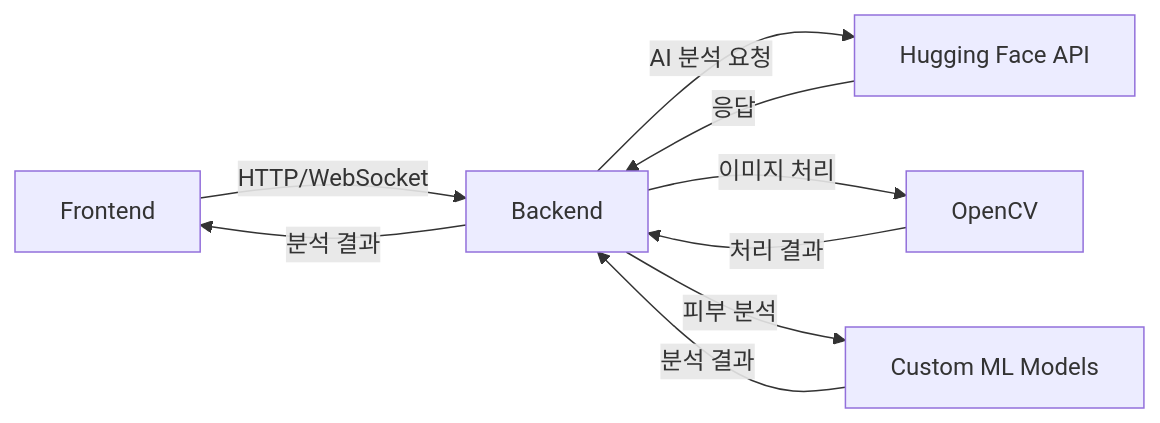
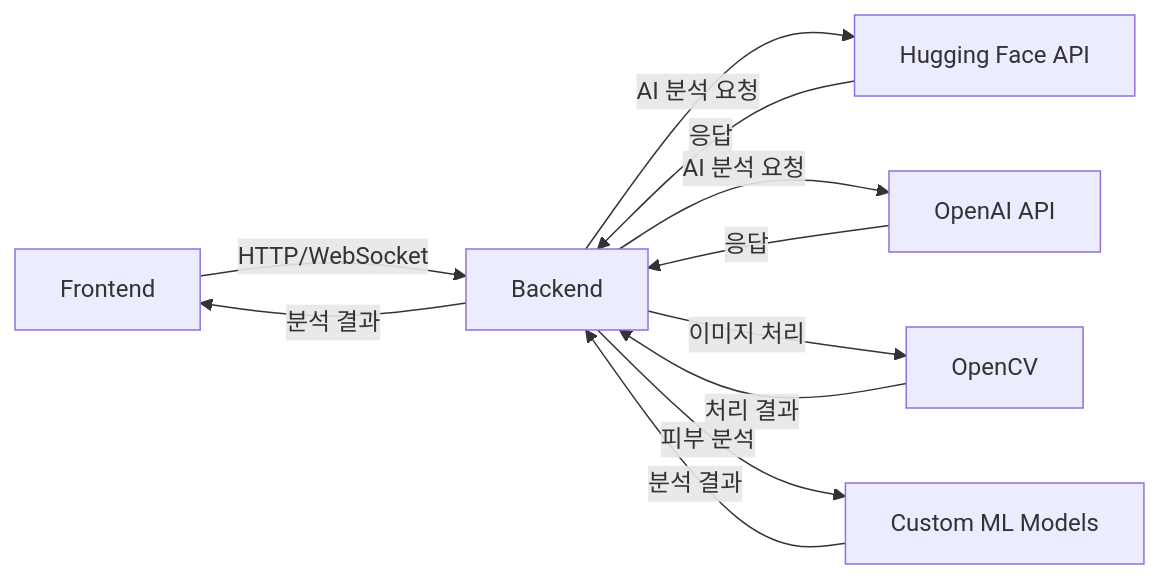
One commit to gyeongbokko/miniproject changed the diagram in README.md. Above: the diagram before and after it, drawn with Mermaid.

Commit message:
Update README.md
아키텍처 수정

````diff
--- a/README.md
+++ b/README.md
@@ -54,11 +54,14 @@
 ```mermaid
 graph LR
     A[Frontend] -->|HTTP/WebSocket| B[Backend]
     B -->|AI 분석 요청| C[Hugging Face API]
+    B -->|AI 분석 요청| F[OpenAI API]
     B -->|이미지 처리| D[OpenCV]
     B -->|피부 분석| E[Custom ML Models]
     C -->|응답| B
+    F -->|응답| B
     D -->|처리 결과| B
     E -->|분석 결과| B
     B -->|분석 결과| A
+
 ```
````
